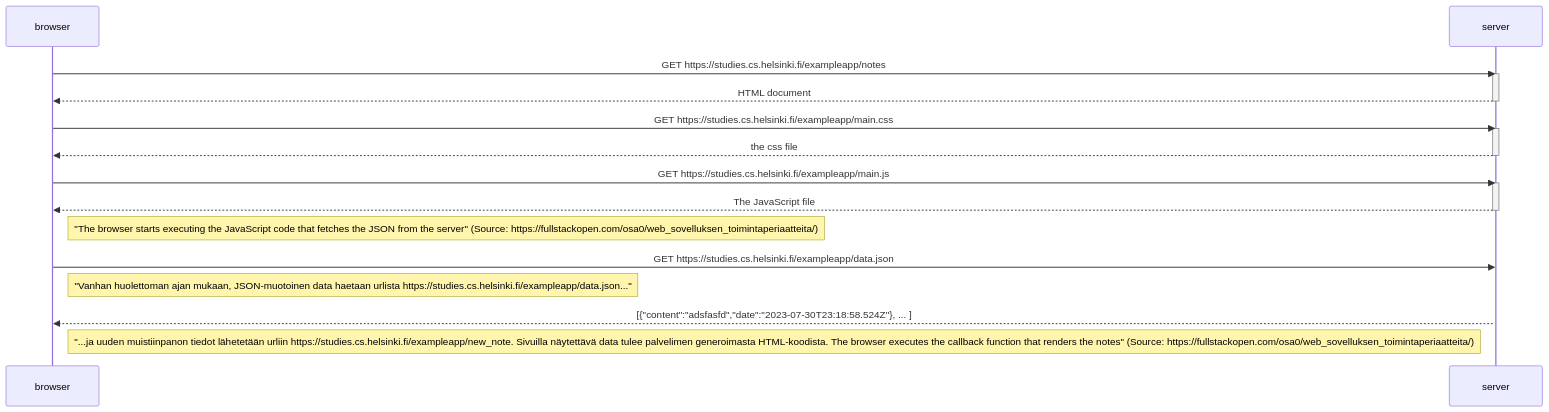
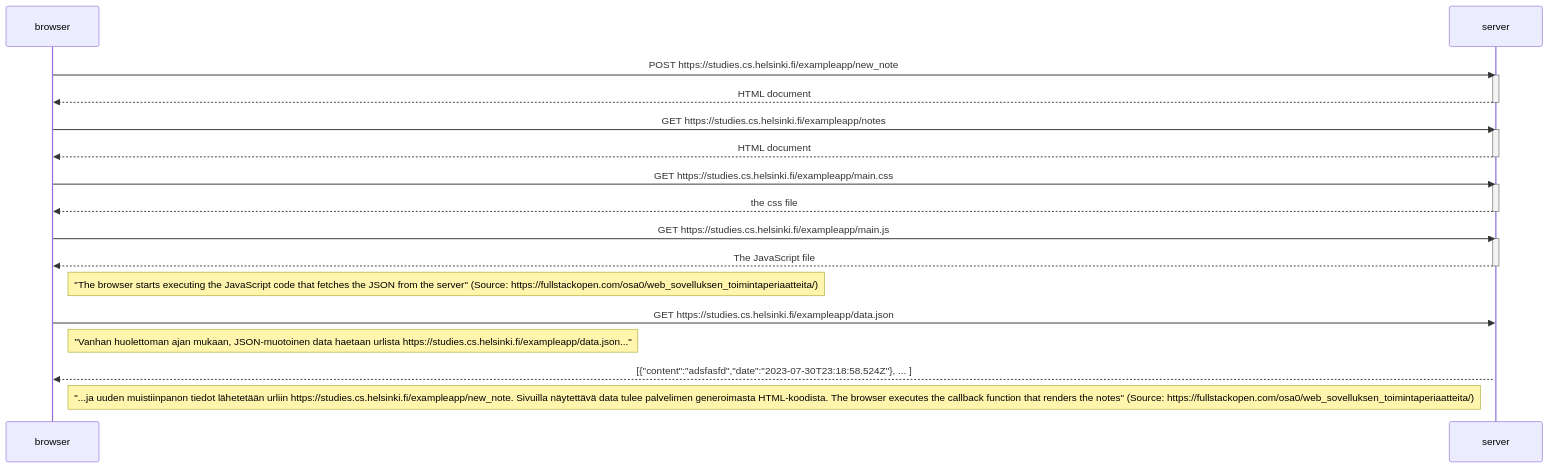
Before and after one commit to alelikak/fullstackopen: the diagram in 04.md, drawn with Mermaid.

````diff
--- a/04.md
+++ b/04.md
@@ -1,31 +1,35 @@
 ```mermaid
 sequenceDiagram
     participant browser
     participant server
-    
+
+    browser->>server: POST https://studies.cs.helsinki.fi/exampleapp/new_note
+    activate server
+    server-->>browser: HTML document
+    deactivate server
     
     browser->>server: GET https://studies.cs.helsinki.fi/exampleapp/notes
     activate server
     server-->>browser: HTML document
     deactivate server
     
     browser->>server: GET https://studies.cs.helsinki.fi/exampleapp/main.css
     activate server
     server-->>browser: the css file
     deactivate server
     
     
     browser->>server: GET https://studies.cs.helsinki.fi/exampleapp/main.js
     activate server
     server-->>browser: The JavaScript file
     deactivate server    
 
     Note right of browser: "The browser starts executing the JavaScript code that fetches the JSON from the server" (Source: https://fullstackopen.com/osa0/web_sovelluksen_toimintaperiaatteita/)
     
 
     browser->>server: GET https://studies.cs.helsinki.fi/exampleapp/data.json
 Note right of browser: "Vanhan huolettoman ajan mukaan, JSON-muotoinen data haetaan urlista https://studies.cs.helsinki.fi/exampleapp/data.json..."
     activate server
     server-->>browser: [{"content":"adsfasfd","date":"2023-07-30T23:18:58.524Z"}, ... ]
     Note right of browser: "...ja uuden muistiinpanon tiedot lähetetään urliin https://studies.cs.helsinki.fi/exampleapp/new_note. Sivuilla näytettävä data tulee palvelimen generoimasta HTML-koodista. The browser executes the callback function that renders the notes" (Source: https://fullstackopen.com/osa0/web_sovelluksen_toimintaperiaatteita/)
 ```
````
